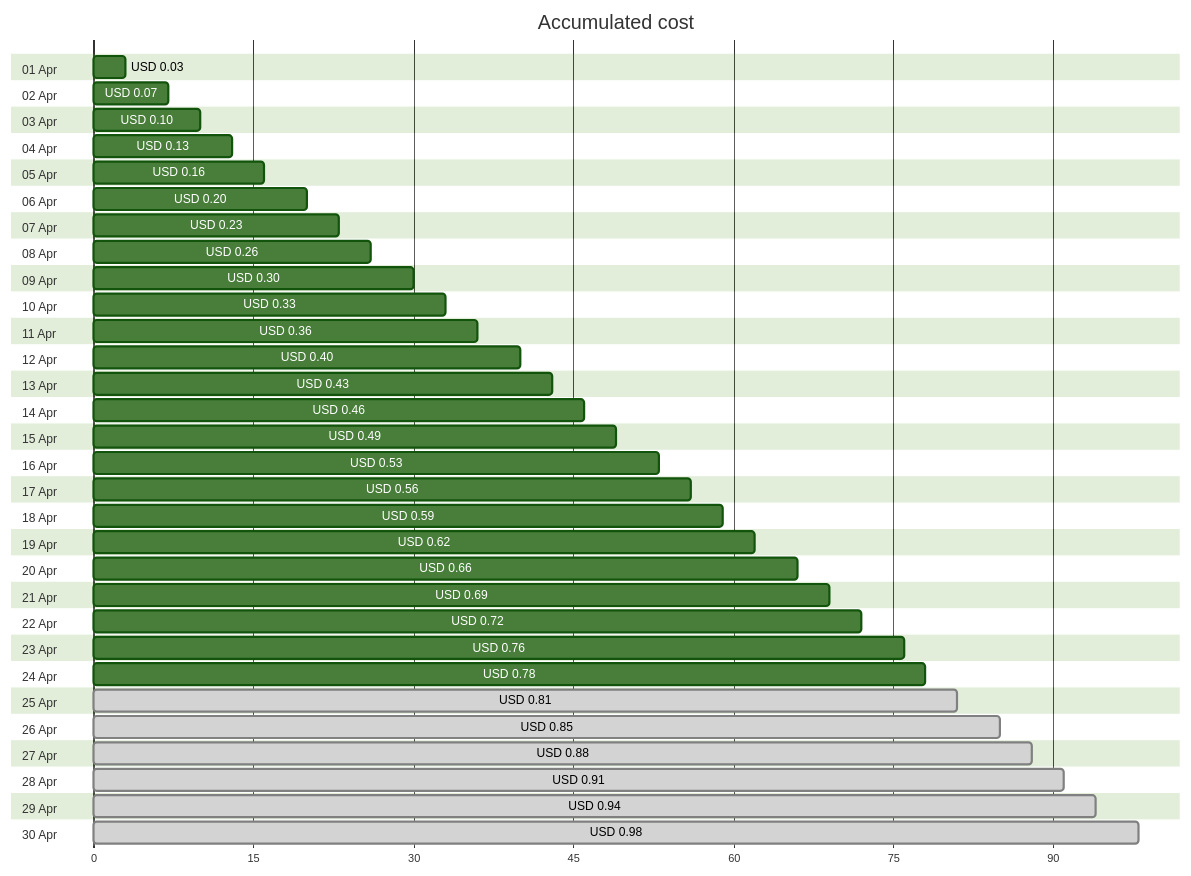
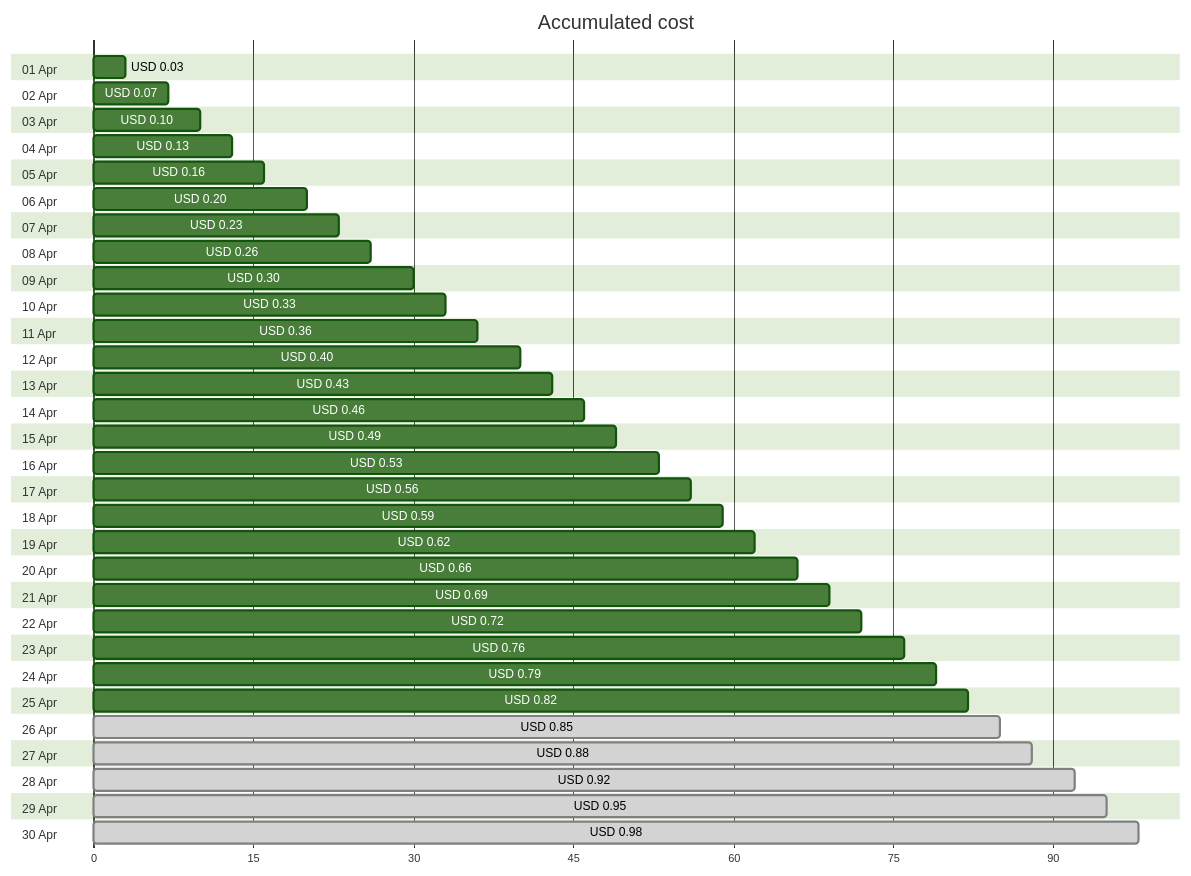
One commit to jpfulton/azure-personal-reports changed the first of 4 diagrams in cost-reports/personal-dns/README.md. Above: the diagram before and after it, drawn with Mermaid (forest theme). The commit also changed other lines of this file and 2 other files, not shown here.

````diff
--- a/cost-reports/personal-dns/README.md
+++ b/cost-reports/personal-dns/README.md
@@ -20,66 +20,66 @@
 ```mermaid
 gantt
    title Accumulated cost
    dateFormat  X
    axisFormat %s
    section 01 Apr
    USD 0.03 :0, 3
    section 02 Apr
    USD 0.07 :0, 7
    section 03 Apr
    USD 0.10 :0, 10
    section 04 Apr
    USD 0.13 :0, 13
    section 05 Apr
    USD 0.16 :0, 16
    section 06 Apr
    USD 0.20 :0, 20
    section 07 Apr
    USD 0.23 :0, 23
    section 08 Apr
    USD 0.26 :0, 26
    section 09 Apr
    USD 0.30 :0, 30
    section 10 Apr
    USD 0.33 :0, 33
    section 11 Apr
    USD 0.36 :0, 36
    section 12 Apr
    USD 0.40 :0, 40
    section 13 Apr
    USD 0.43 :0, 43
    section 14 Apr
    USD 0.46 :0, 46
    section 15 Apr
    USD 0.49 :0, 49
    section 16 Apr
    USD 0.53 :0, 53
    section 17 Apr
    USD 0.56 :0, 56
    section 18 Apr
    USD 0.59 :0, 59
    section 19 Apr
    USD 0.62 :0, 62
    section 20 Apr
    USD 0.66 :0, 66
    section 21 Apr
    USD 0.69 :0, 69
    section 22 Apr
    USD 0.72 :0, 72
    section 23 Apr
    USD 0.76 :0, 76
    section 24 Apr
-   USD 0.78 :0, 78
+   USD 0.79 :0, 79
    section 25 Apr
-   USD 0.81 : done, 0, 81
+   USD 0.82 :0, 82
    section 26 Apr
    USD 0.85 : done, 0, 85
    section 27 Apr
    USD 0.88 : done, 0, 88
    section 28 Apr
-   USD 0.91 : done, 0, 91
+   USD 0.92 : done, 0, 92
    section 29 Apr
-   USD 0.94 : done, 0, 94
+   USD 0.95 : done, 0, 95
    section 30 Apr
    USD 0.98 : done, 0, 98
 ```
````
